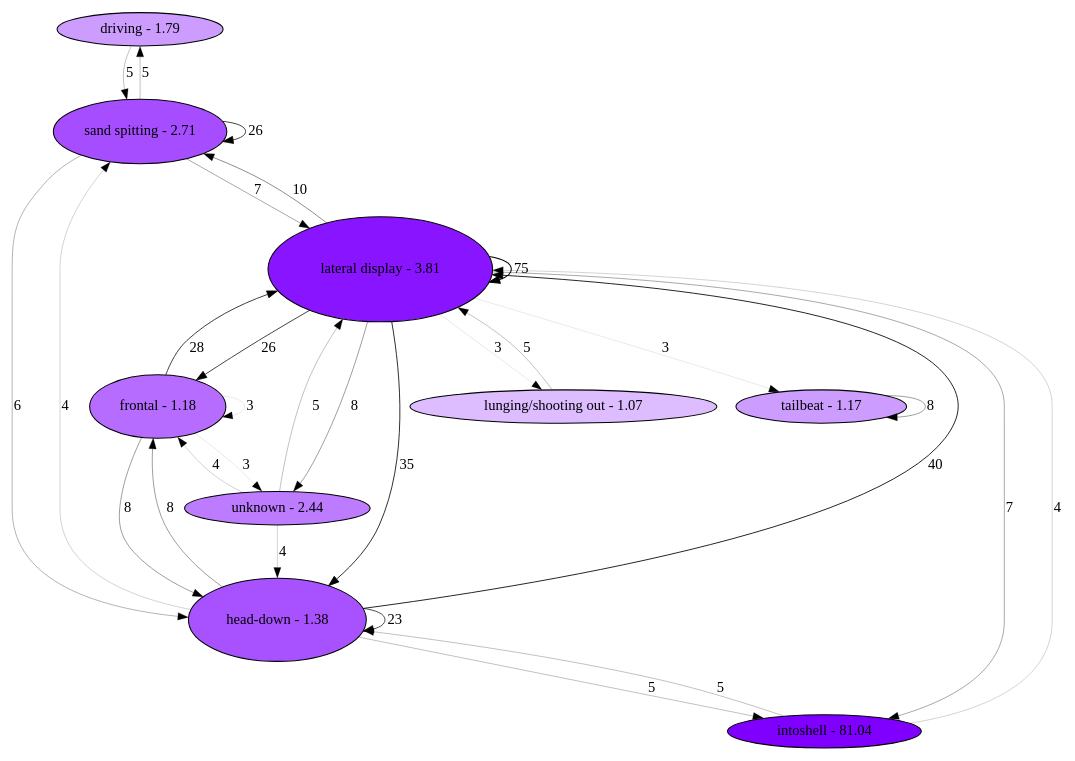
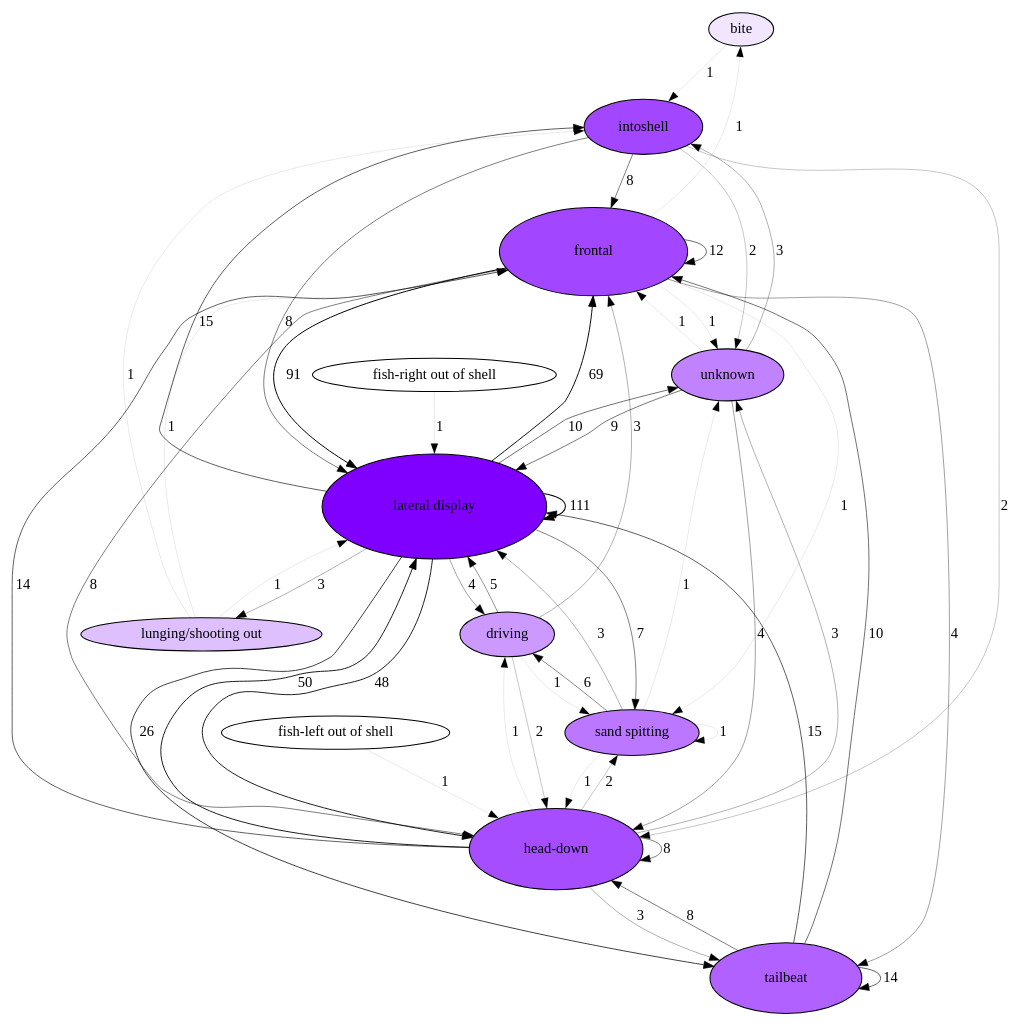
Before and after one commit to nicolkraus/AnalyzeBehavior: the diagram in images/transitions.gv, drawn with Graphviz. The commit also changed 12 other files, not shown here.

```diff
--- a/images/transitions.gv
+++ b/images/transitions.gv
@@ -1,40 +1,64 @@
 digraph  {
-"driving - 1.79" [fillcolor="0.75 0.38775763921087736 1", height="0.0", style=filled, tooltip="whats up\n\n eccentricity: \n\n piu: \n", width="0.0"];
-"sand spitting - 2.71" [fillcolor="0.75 0.6903248299948959 1", height="0.8677793647502886", style=filled, tooltip="whats up\n\n eccentricity: \n\n piu: \n", width="1.85952721017919"];
-"frontal - 1.18" [fillcolor="0.75 0.5707396710402765 1", height="0.8492167356386441", style=filled, tooltip="whats up\n\n eccentricity: \n\n piu: \n", width="1.8197501477970945"];
-"head-down - 1.38" [fillcolor="0.75 0.6754291500206447 1", height="1.1063310153202581", style=filled, tooltip="whats up\n\n eccentricity: \n\n piu: \n", width="2.3707093185434105"];
-"lateral display - 3.81" [fillcolor="0.75 0.9195374872745928 1", height="1.4", style=filled, tooltip="whats up\n\n eccentricity: \n\n piu: \n", width="3.0"];
-"unknown - 2.44" [fillcolor="0.75 0.5157209370708112 1", height="0.38127254094626917", style=filled, tooltip="whats up\n\n eccentricity: \n\n piu: \n", width="0.8170125877420054"];
-"intoshell - 81.04" [fillcolor="0.75 1.0 1", height="0.23454131965434413", style=filled, tooltip="whats up\n\n eccentricity: \n\n piu: \n", width="0.5025885421164518"];
-"lunging/shooting out - 1.07" [fillcolor="0.75 0.26252932112286964 1", height="0.0", style=filled, tooltip="whats up\n\n eccentricity: \n\n piu: \n", width="0.0"];
-"tailbeat - 1.17" [fillcolor="0.75 0.38569884980151564 1", height="0.18754299481085154", style=filled, tooltip="whats up\n\n eccentricity: \n\n piu: \n", width="0.4018778460232534"];
-"driving - 1.79" -> "sand spitting - 2.71"  [label=5, penwidth="0.23517900250637025"];
-"sand spitting - 2.71" -> "driving - 1.79"  [label=5, penwidth="0.23517900250637025"];
-"sand spitting - 2.71" -> "head-down - 1.38"  [label=6, penwidth="0.2866711627606332"];
-"sand spitting - 2.71" -> "lateral display - 3.81"  [label=7, penwidth="0.3302071639255374"];
-"sand spitting - 2.71" -> "sand spitting - 2.71"  [label=26, penwidth="0.7008013657974955"];
-"frontal - 1.18" -> "frontal - 1.18"  [label=3, penwidth="0.09090909090909091"];
-"frontal - 1.18" -> "head-down - 1.38"  [label=8, penwidth="0.3679197635155427"];
-"frontal - 1.18" -> "lateral display - 3.81"  [label=28, penwidth="0.721731307628622"];
-"frontal - 1.18" -> "unknown - 2.44"  [label=3, penwidth="0.09090909090909091"];
-"head-down - 1.38" -> "frontal - 1.18"  [label=8, penwidth="0.3679197635155427"];
-"head-down - 1.38" -> "head-down - 1.38"  [label=23, penwidth="0.6661754086274518"];
-"head-down - 1.38" -> "intoshell - 81.04"  [label=5, penwidth="0.23517900250637025"];
-"head-down - 1.38" -> "lateral display - 3.81"  [label=40, penwidth="0.8224652180609973"];
-"head-down - 1.38" -> "sand spitting - 2.71"  [label=4, penwidth="0.17215769166400033"];
-"lateral display - 3.81" -> "frontal - 1.18"  [label=26, penwidth="0.7008013657974955"];
-"lateral display - 3.81" -> "head-down - 1.38"  [label=35, penwidth="0.784752618470992"];
-"lateral display - 3.81" -> "intoshell - 81.04"  [label=7, penwidth="0.3302071639255374"];
-"lateral display - 3.81" -> "lateral display - 3.81"  [label=75, penwidth="1.0"];
-"lateral display - 3.81" -> "lunging/shooting out - 1.07"  [label=3, penwidth="0.09090909090909091"];
-"lateral display - 3.81" -> "sand spitting - 2.71"  [label=10, penwidth="0.4309410743579127"];
-"lateral display - 3.81" -> "tailbeat - 1.17"  [label=3, penwidth="0.09090909090909091"];
-"lateral display - 3.81" -> "unknown - 2.44"  [label=8, penwidth="0.3679197635155427"];
-"unknown - 2.44" -> "frontal - 1.18"  [label=4, penwidth="0.17215769166400033"];
-"unknown - 2.44" -> "head-down - 1.38"  [label=4, penwidth="0.17215769166400033"];
-"unknown - 2.44" -> "lateral display - 3.81"  [label=5, penwidth="0.23517900250637025"];
-"intoshell - 81.04" -> "head-down - 1.38"  [label=5, penwidth="0.23517900250637025"];
-"intoshell - 81.04" -> "lateral display - 3.81"  [label=4, penwidth="0.17215769166400033"];
-"lunging/shooting out - 1.07" -> "lateral display - 3.81"  [label=5, penwidth="0.23517900250637025"];
-"tailbeat - 1.17" -> "tailbeat - 1.17"  [label=8, penwidth="0.3679197635155427"];
+bite [fillcolor="0.75 0.0970388616064562 1", height="0.0", style=filled, tooltip="1234 &#013; 234 &#013; 234", width="0.0"];
+intoshell [fillcolor="0.75 0.7222547638383381 1", height="0.7383622772867368", style=filled, tooltip="1234 &#013; 234 &#013; 234", width="1.5822048799001502"];
+driving [fillcolor="0.75 0.3932249488077084 1", height="0.5910125647570142", style=filled, tooltip="1234 &#013; 234 &#013; 234", width="1.2664554959078878"];
+frontal [fillcolor="0.75 0.7232728735460057 1", height="1.175837238405278", style=filled, tooltip="1234 &#013; 234 &#013; 234", width="2.519651225154167"];
+"head-down" [fillcolor="0.75 0.6950400735297251 1", height="1.083105961740489", style=filled, tooltip="1234 &#013; 234 &#013; 234", width="2.3209413465867623"];
+"lateral display" [fillcolor="0.75 1.0 1", height="1.4", style=filled, tooltip="1234 &#013; 234 &#013; 234", width="3.0"];
+"sand spitting" [fillcolor="0.75 0.5308546697647359 1", height="0.6124583792014738", style=filled, tooltip="1234 &#013; 234 &#013; 234", width="1.3124108125745868"];
+"fish-left out of shell" [fillcolor="0.75 0.0 1", height="0.0", style=filled, tooltip="1234 &#013; 234 &#013; 234", width="0.0"];
+"fish-right out of shell" [fillcolor="0.75 0.0 1", height="0.0", style=filled, tooltip="1234 &#013; 234 &#013; 234", width="0.0"];
+tailbeat [fillcolor="0.75 0.6195176868378294 1", height="0.9489512050808674", style=filled, tooltip="1234 &#013; 234 &#013; 234", width="2.0334668680304304"];
+unknown [fillcolor="0.75 0.488437638052946 1", height="0.6983060119303469", style=filled, tooltip="1234 &#013; 234 &#013; 234", width="1.4963700255650294"];
+"lunging/shooting out" [fillcolor="0.75 0.24488357940913438 1", height="0.27077649043512225", style=filled, tooltip="1234 &#013; 234 &#013; 234", width="0.5802353366466906"];
+bite -> intoshell  [label=1, penwidth="0.09090909090909091"];
+intoshell -> frontal  [label=8, penwidth="0.4923082370490505"];
+intoshell -> "head-down"  [label=2, penwidth="0.2247088062890775"];
+intoshell -> "lateral display"  [label=8, penwidth="0.4923082370490505"];
+intoshell -> unknown  [label=2, penwidth="0.2247088062890775"];
+driving -> frontal  [label=3, penwidth="0.3029766223935334"];
+driving -> "head-down"  [label=2, penwidth="0.2247088062890775"];
+driving -> "lateral display"  [label=5, penwidth="0.40158240913781446"];
+driving -> "sand spitting"  [label=1, penwidth="0.09090909090909091"];
+frontal -> bite  [label=1, penwidth="0.09090909090909091"];
+frontal -> frontal  [label=12, penwidth="0.5705760531535065"];
+frontal -> "head-down"  [label=8, penwidth="0.4923082370490505"];
+frontal -> "lateral display"  [label=91, penwidth="0.9616501615190786"];
+frontal -> "sand spitting"  [label=1, penwidth="0.09090909090909091"];
+frontal -> tailbeat  [label=4, penwidth="0.3585085216690641"];
+frontal -> unknown  [label=1, penwidth="0.09090909090909091"];
+"head-down" -> driving  [label=1, penwidth="0.09090909090909091"];
+"head-down" -> frontal  [label=14, penwidth="0.6003320958309892"];
+"head-down" -> "head-down"  [label=8, penwidth="0.4923082370490505"];
+"head-down" -> "lateral display"  [label=50, penwidth="0.8460554427465246"];
+"head-down" -> "sand spitting"  [label=2, penwidth="0.2247088062890775"];
+"head-down" -> tailbeat  [label=3, penwidth="0.3029766223935334"];
+"head-down" -> unknown  [label=3, penwidth="0.3029766223935334"];
+"lateral display" -> driving  [label=4, penwidth="0.3585085216690641"];
+"lateral display" -> frontal  [label=69, penwidth="0.908227924617697"];
+"lateral display" -> "head-down"  [label=48, penwidth="0.8381754839134797"];
+"lateral display" -> intoshell  [label=15, penwidth="0.6136499406222569"];
+"lateral display" -> "lateral display"  [label=111, penwidth="1.0"];
+"lateral display" -> "lunging/shooting out"  [label=3, penwidth="0.3029766223935334"];
+"lateral display" -> "sand spitting"  [label=7, penwidth="0.4665323804510027"];
+"lateral display" -> tailbeat  [label=26, penwidth="0.7198265873571533"];
+"lateral display" -> unknown  [label=10, penwidth="0.5353821245178011"];
+"sand spitting" -> driving  [label=6, penwidth="0.43677633777352"];
+"sand spitting" -> "head-down"  [label=1, penwidth="0.09090909090909091"];
+"sand spitting" -> "lateral display"  [label=3, penwidth="0.3029766223935334"];
+"sand spitting" -> "sand spitting"  [label=1, penwidth="0.09090909090909091"];
+"sand spitting" -> unknown  [label=1, penwidth="0.09090909090909091"];
+"fish-left out of shell" -> "head-down"  [label=1, penwidth="0.09090909090909091"];
+"fish-right out of shell" -> "lateral display"  [label=1, penwidth="0.09090909090909091"];
+tailbeat -> frontal  [label=10, penwidth="0.5353821245178011"];
+tailbeat -> "head-down"  [label=8, penwidth="0.4923082370490505"];
+tailbeat -> "lateral display"  [label=15, penwidth="0.6136499406222569"];
+tailbeat -> tailbeat  [label=14, penwidth="0.6003320958309892"];
+unknown -> frontal  [label=1, penwidth="0.09090909090909091"];
+unknown -> "head-down"  [label=4, penwidth="0.3585085216690641"];
+unknown -> intoshell  [label=3, penwidth="0.3029766223935334"];
+unknown -> "lateral display"  [label=9, penwidth="0.5150441538779759"];
+"lunging/shooting out" -> frontal  [label=1, penwidth="0.09090909090909091"];
+"lunging/shooting out" -> intoshell  [label=1, penwidth="0.09090909090909091"];
+"lunging/shooting out" -> "lateral display"  [label=1, penwidth="0.09090909090909091"];
 }
```
